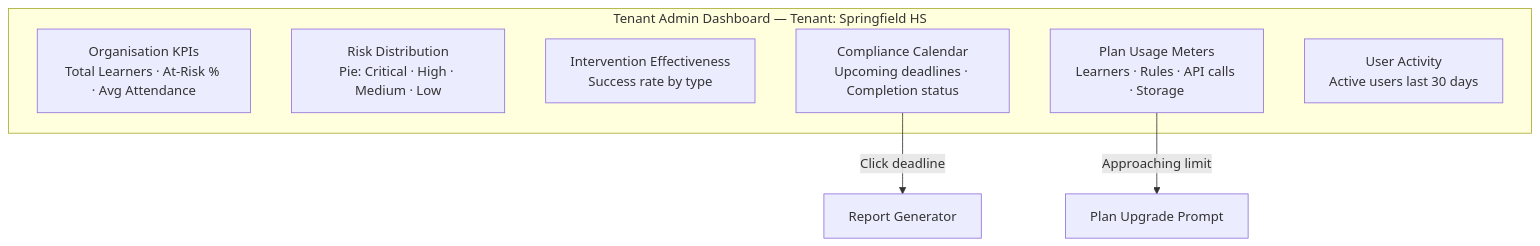
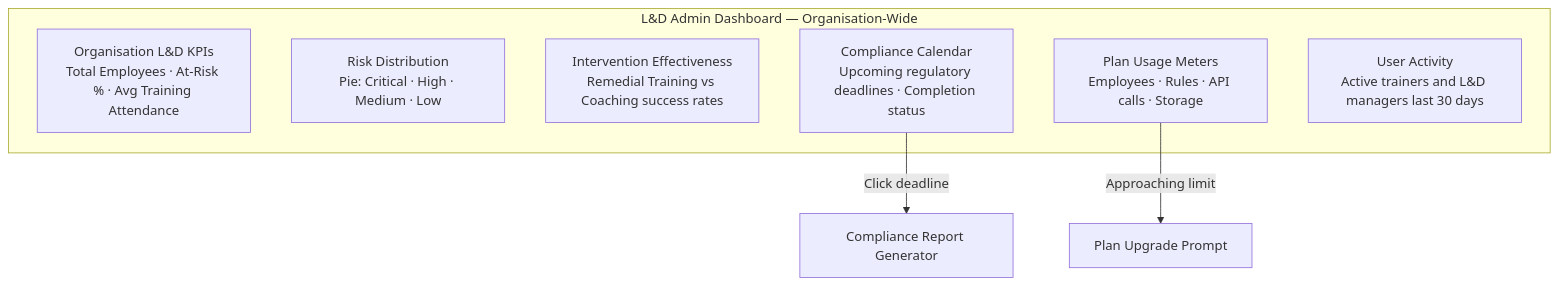
One commit to taarak18/propeller changed the ninth of 12 diagrams in L-D/.sasva/overview/04-user-journeys.md. Above: the diagram before and after it, drawn with Mermaid. The commit also changed other lines of this file and 6 other files, not shown here.

````diff
--- a/L-D/.sasva/overview/04-user-journeys.md
+++ b/L-D/.sasva/overview/04-user-journeys.md
@@ -193,13 +220,13 @@
 ```mermaid
 graph TD
-    subgraph AD["Tenant Admin Dashboard — Tenant: Springfield HS"]
-        A1[Organisation KPIs\nTotal Learners · At-Risk % · Avg Attendance]
+    subgraph AD["L&D Admin Dashboard — Organisation-Wide"]
+        A1[Organisation L&D KPIs\nTotal Employees · At-Risk % · Avg Training Attendance]
         A2[Risk Distribution\nPie: Critical · High · Medium · Low]
-        A3[Intervention Effectiveness\nSuccess rate by type]
-        A4[Compliance Calendar\nUpcoming deadlines · Completion status]
-        A5[Plan Usage Meters\nLearners · Rules · API calls · Storage]
-        A6[User Activity\nActive users last 30 days]
+        A3[Intervention Effectiveness\nRemedial Training vs Coaching success rates]
+        A4[Compliance Calendar\nUpcoming regulatory deadlines · Completion status]
+        A5[Plan Usage Meters\nEmployees · Rules · API calls · Storage]
+        A6[User Activity\nActive trainers and L&D managers last 30 days]
     end
-    A4 -->|Click deadline| RPT[Report Generator]
+    A4 -->|Click deadline| RPT[Compliance Report Generator]
     A5 -->|Approaching limit| UPG[Plan Upgrade Prompt]
 ```
````
